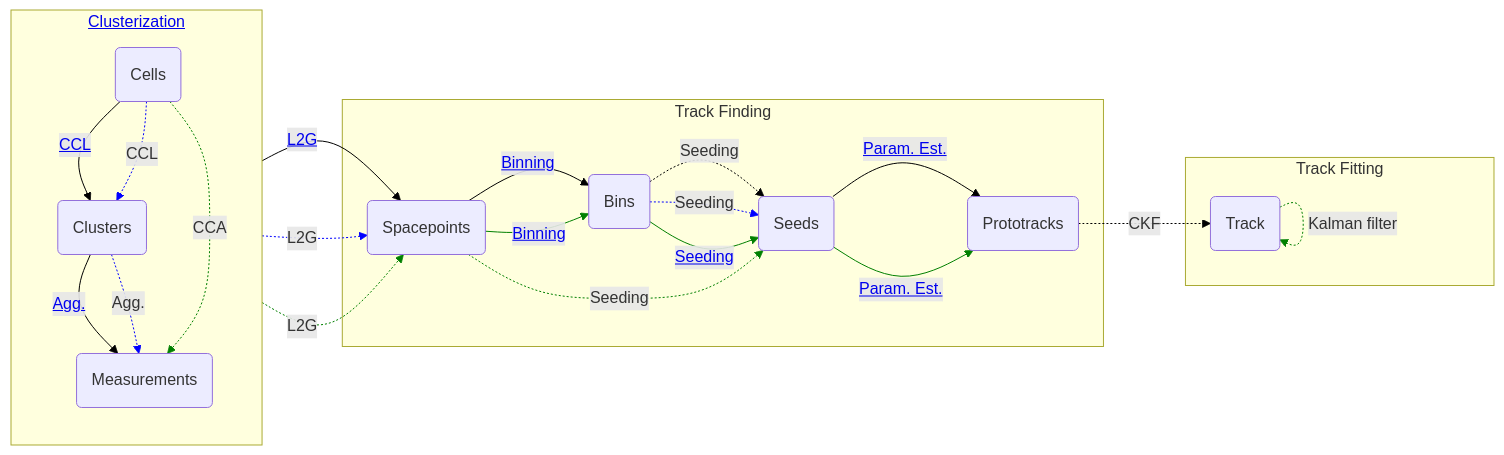
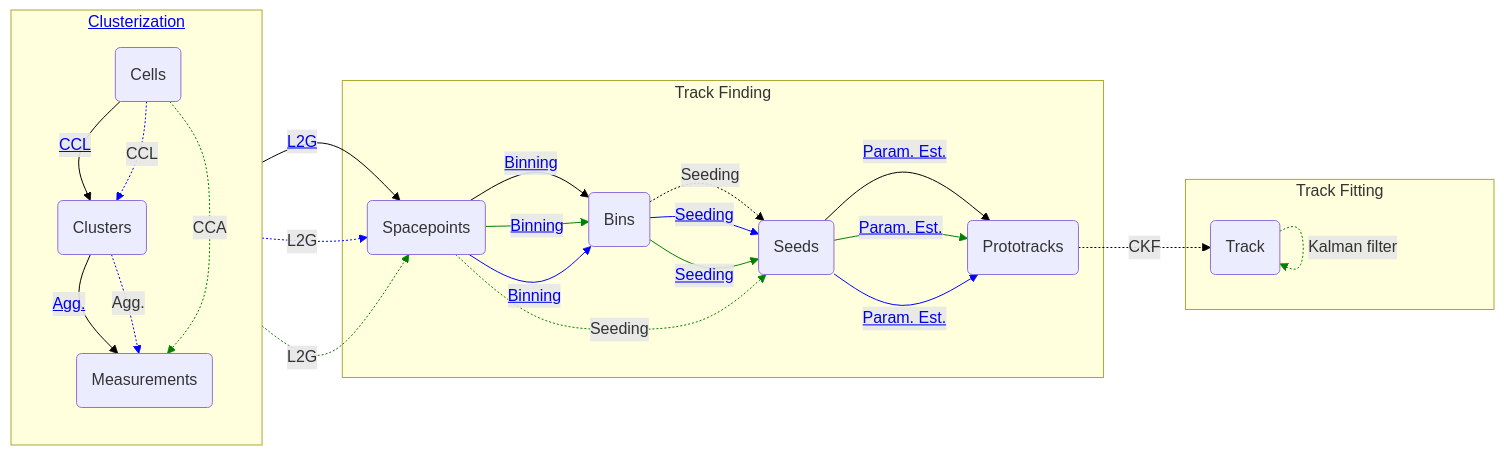
The diagram in README.md (acts-project/traccc), drawn with Mermaid before and after one commit. The commit also changed other lines of this file, not shown here.

Commit message:
Marked the SYCL seed-finding as "existing".
That code works reasonably reliably by now, so no need to say that
work has merely started on it.

````diff
--- a/README.md
+++ b/README.md
@@ -96,7 +96,7 @@
     linkStyle 10 stroke: black;
 
     %% SYCL seeding
-    bin -.->|Seeding| seed;
+    bin -->|<a href='https://github.com/acts-project/traccc/blob/main/device/sycl/include/traccc/sycl/seeding/seed_finding.hpp'>Seeding</a>| seed;
     linkStyle 11 stroke: blue;
 
     %% CUDA seeding
@@ -126,4 +126,12 @@
     %% CUDA kalman filter
     track -.->|Kalman filter| track;
     linkStyle 18 stroke: green;
+
+    %% SYCL binning
+    sp -->|<a href='https://github.com/acts-project/traccc/blob/main/device/sycl/include/traccc/sycl/seeding/spacepoint_binning.hpp'>Binning</a>| bin;
+    linkStyle 19 stroke: blue;
+
+    %% SYCL track parameter est.
+    seed -->|<a href='https://github.com/acts-project/traccc/blob/main/device/sycl/include/traccc/sycl/seeding/track_params_estimation.hpp'>Param. Est.</a>| ptrack;
+    linkStyle 20 stroke: blue;
 ```
````
